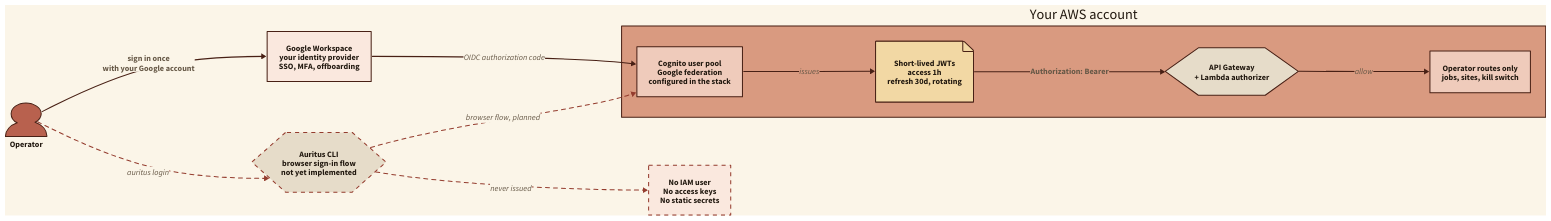
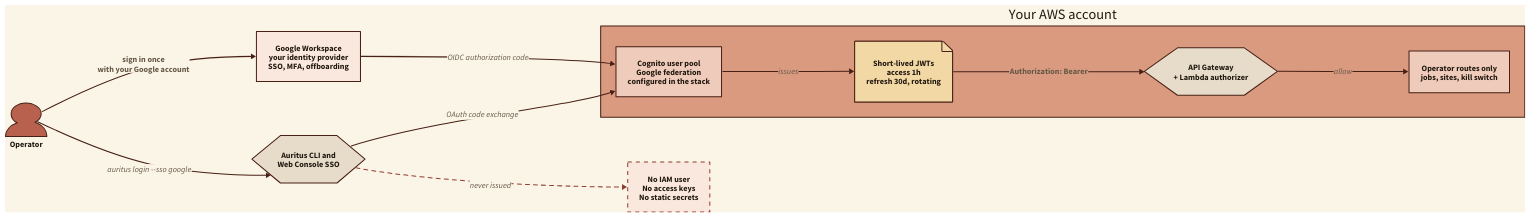
The diagram in docs/diagrams/auth-google-workspace.d2 (AnthusAI/Auritus), drawn with D2 before and after one commit. The commit also changed 15 other files, not shown here.

Commit message:
feat(auth): support Google Workspace and AWS IAM Identity Center SSO federation

```diff
--- a/docs/diagrams/auth-google-workspace.d2
+++ b/docs/diagrams/auth-google-workspace.d2
@@ -1,96 +1,95 @@
 direction: right
 
 vars: {
   d2-config: {
     pad: 32
     theme-overrides: {
       N1: "#21180f"
       N2: "#665846"
       N3: "#9a8668"
       N4: "#cdbfa8"
       N5: "#e6dcc9"
       N6: "#f5eedf"
       N7: "#fbf5e8"
       B1: "#482015"
       B2: "#943c2e"
       B3: "#b8614e"
       B4: "#d99a80"
       B5: "#efcbbb"
       B6: "#fae8de"
       AA2: "#6e4f2b"
       AA4: "#b88e4c"
       AA5: "#e5c88f"
       AB4: "#b87925"
       AB5: "#f2d8a4"
     }
     dark-theme-overrides: {
       N1: "#f3e6cf"
       N2: "#cfbea4"
       N3: "#a99273"
       N4: "#705c44"
       N5: "#4a3928"
       N6: "#382b21"
       N7: "#2d231b"
       B1: "#f3d3c1"
       B2: "#e19a78"
       B3: "#bd7258"
       B4: "#704132"
       B5: "#482c22"
       B6: "#301e18"
       AA2: "#d7b57a"
       AA4: "#926e39"
       AA5: "#4f3920"
       AB4: "#efb85d"
       AB5: "#5c401f"
     }
   }
 }
 
 operator: {
   label: "Operator"
   shape: person
 }
 
 google: {
   label: "Google Workspace\nyour identity provider\nSSO, MFA, offboarding"
 }
 
 cli: {
-  label: "Auritus CLI\nbrowser sign-in flow\nnot yet implemented"
+  label: "Auritus CLI and\nWeb Console SSO"
   shape: hexagon
-  style.stroke-dash: 4
 }
 
 aws: {
   label: "Your AWS account"
 
   pool: {
     label: "Cognito user pool\nGoogle federation\nconfigured in the stack"
   }
   tokens: {
     label: "Short-lived JWTs\naccess 1h\nrefresh 30d, rotating"
     shape: page
   }
   api: {
     label: "API Gateway\n+ Lambda authorizer"
     shape: hexagon
   }
   routes: {
     label: "Operator routes only\njobs, sites, kill switch"
   }
 }
 
 iam: {
   label: "No IAM user\nNo access keys\nNo static secrets"
   shape: rectangle
   style.stroke-dash: 4
 }
 
 operator -> google: "sign in once\nwith your Google account" {style.bold: true}
 google -> aws.pool: "OIDC authorization code"
-operator -> cli: "auritus login" {style.stroke-dash: 4}
-cli -> aws.pool: "browser flow, planned" {style.stroke-dash: 4}
+operator -> cli: "auritus login --sso google"
+cli -> aws.pool: "OAuth code exchange"
 aws.pool -> aws.tokens: "issues"
 aws.tokens -> aws.api: "Authorization: Bearer" {style.bold: true}
 aws.api -> aws.routes: "allow"
 cli -> iam: "never issued" {style.stroke-dash: 4}
```
